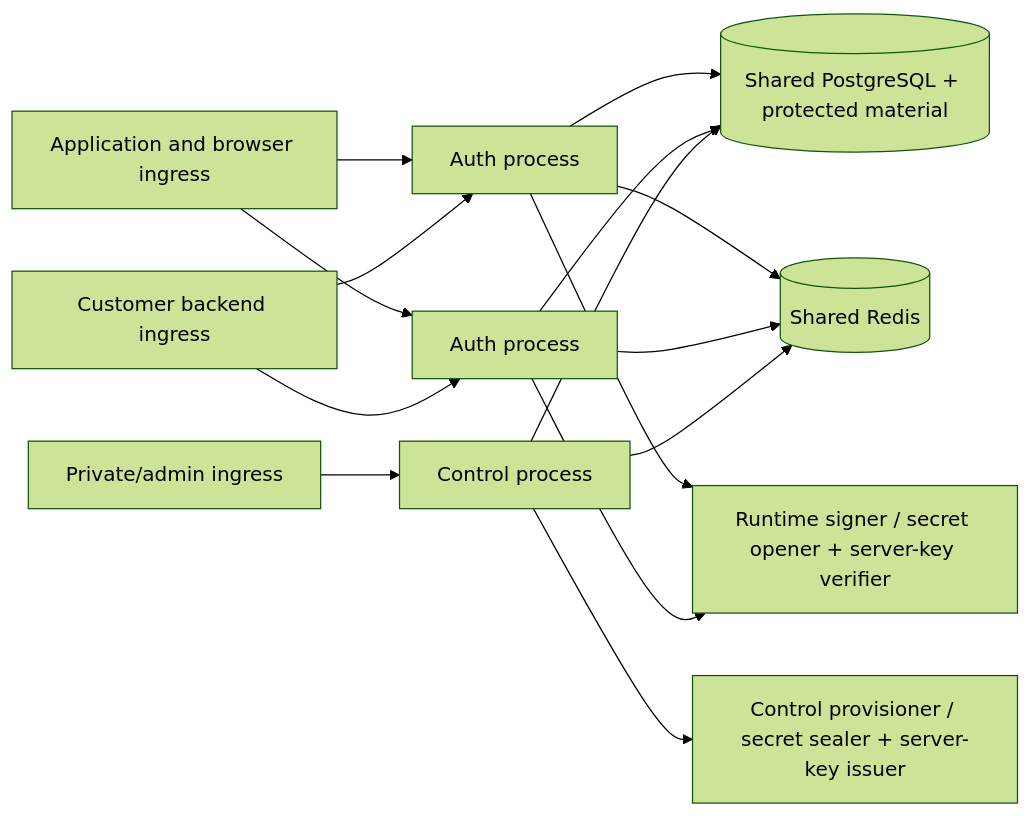
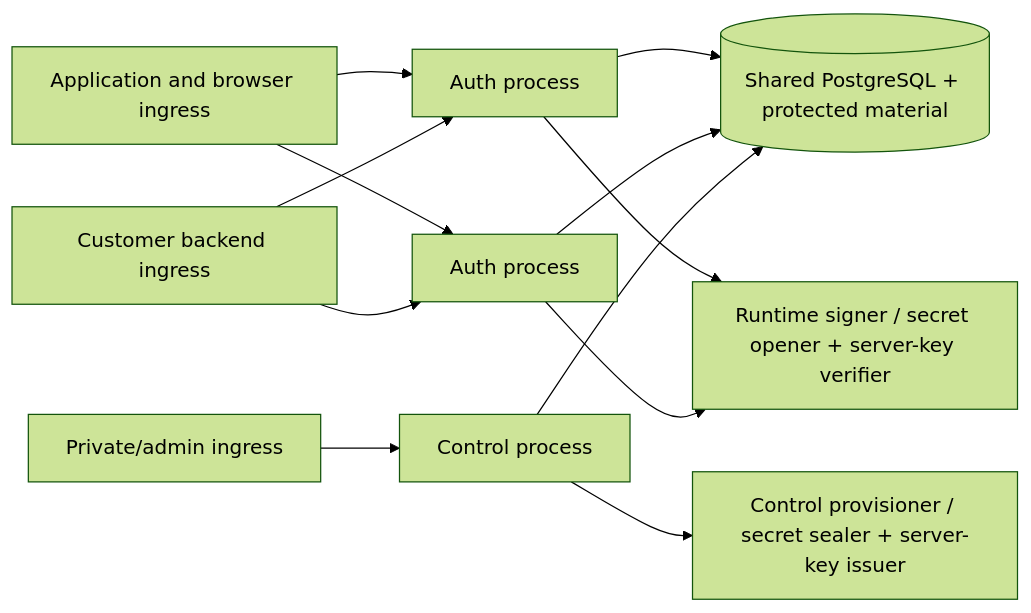
Before and after one commit to owlfoundry/owlauth: the third of 3 diagrams in spec/08-consistency-resilience-and-plane-separation.md, drawn with Mermaid (forest theme). The commit also changed other lines of this file and 155 other files, not shown here.

````diff
--- a/spec/08-consistency-resilience-and-plane-separation.md
+++ b/spec/08-consistency-resilience-and-plane-separation.md
@@ -139,17 +134,14 @@
 ```mermaid
 flowchart LR
     Public[Application and browser ingress] --> AP1[Auth process]
     Public --> AP2[Auth process]
     Backend[Customer backend ingress] --> AP1
     Backend --> AP2
     Private[Private/admin ingress] --> CP[Control process]
     AP1 --> PG[(Shared PostgreSQL + protected material)]
     AP2 --> PG
     CP --> PG
-    AP1 --> Redis[(Shared Redis)]
-    AP2 --> Redis
-    CP --> Redis
     AP1 --> KP[Runtime signer / secret opener + server-key verifier]
     AP2 --> KP
     CP --> KPC[Control provisioner / secret sealer + server-key issuer]
 ```
````
